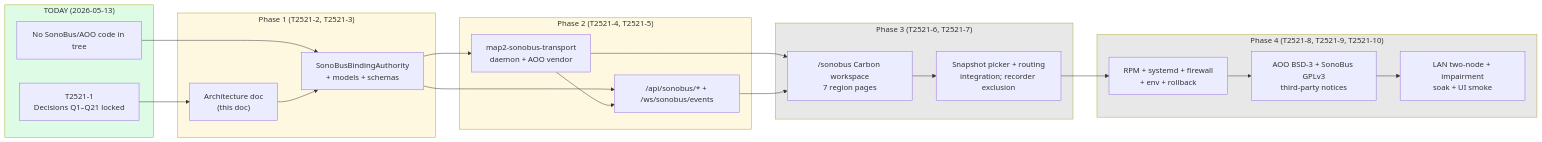
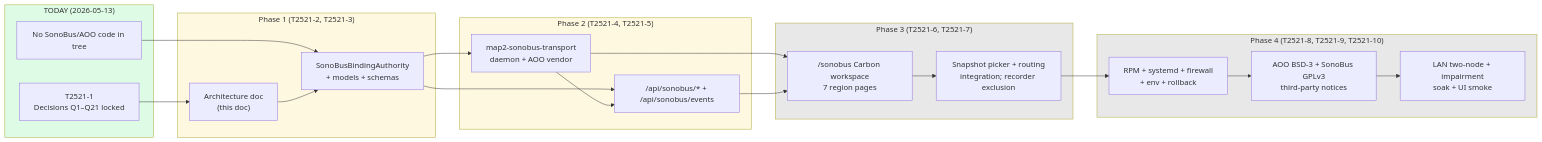
One commit to matthewmackes/map2-audio changed the fourth of 5 diagrams in docs/architecture/SONOBUS_AOO_TRANSPORT.md. Above: the diagram before and after it, drawn with Mermaid. The commit also changed other lines of this file and 3 other files, not shown here.

````diff
--- a/docs/architecture/SONOBUS_AOO_TRANSPORT.md
+++ b/docs/architecture/SONOBUS_AOO_TRANSPORT.md
@@ -338,47 +338,47 @@
 ```mermaid
 flowchart LR
     subgraph today["TODAY (2026-05-13)"]
         decisions_locked["T2521-1\nDecisions Q1–Q21 locked"]
         no_code["No SonoBus/AOO code in tree"]
     end
 
     subgraph phase_1["Phase 1 (T2521-2, T2521-3)"]
         arch_doc["Architecture doc\n(this doc)"]
         authority["SonoBusBindingAuthority\n+ models + schemas"]
     end
 
     subgraph phase_2["Phase 2 (T2521-4, T2521-5)"]
         daemon["map2-sonobus-transport\ndaemon + AOO vendor"]
-        routes["/api/sonobus/* + /ws/sonobus/events"]
+        routes["/api/sonobus/* + /api/sonobus/events"]
     end
 
     subgraph phase_3["Phase 3 (T2521-6, T2521-7)"]
         workspace["/sonobus Carbon workspace\n7 region pages"]
         snapshot_integ["Snapshot picker + routing\nintegration; recorder exclusion"]
     end
 
     subgraph phase_4["Phase 4 (T2521-8, T2521-9, T2521-10)"]
         installer["RPM + systemd + firewall\n+ env + rollback"]
         notices["AOO BSD-3 + SonoBus GPLv3\nthird-party notices"]
         soak["LAN two-node + impairment\nsoak + UI smoke"]
     end
 
     decisions_locked --> arch_doc
     no_code --> authority
     arch_doc --> authority
     authority --> daemon
     authority --> routes
     daemon --> routes
     daemon --> workspace
     routes --> workspace
     workspace --> snapshot_integ
     snapshot_integ --> installer
     installer --> notices
     notices --> soak
 
     style today fill:#defbe6
     style phase_1 fill:#fff8e1
     style phase_2 fill:#fff8e1
     style phase_3 fill:#e8e8e8
     style phase_4 fill:#e8e8e8
 ```
````
